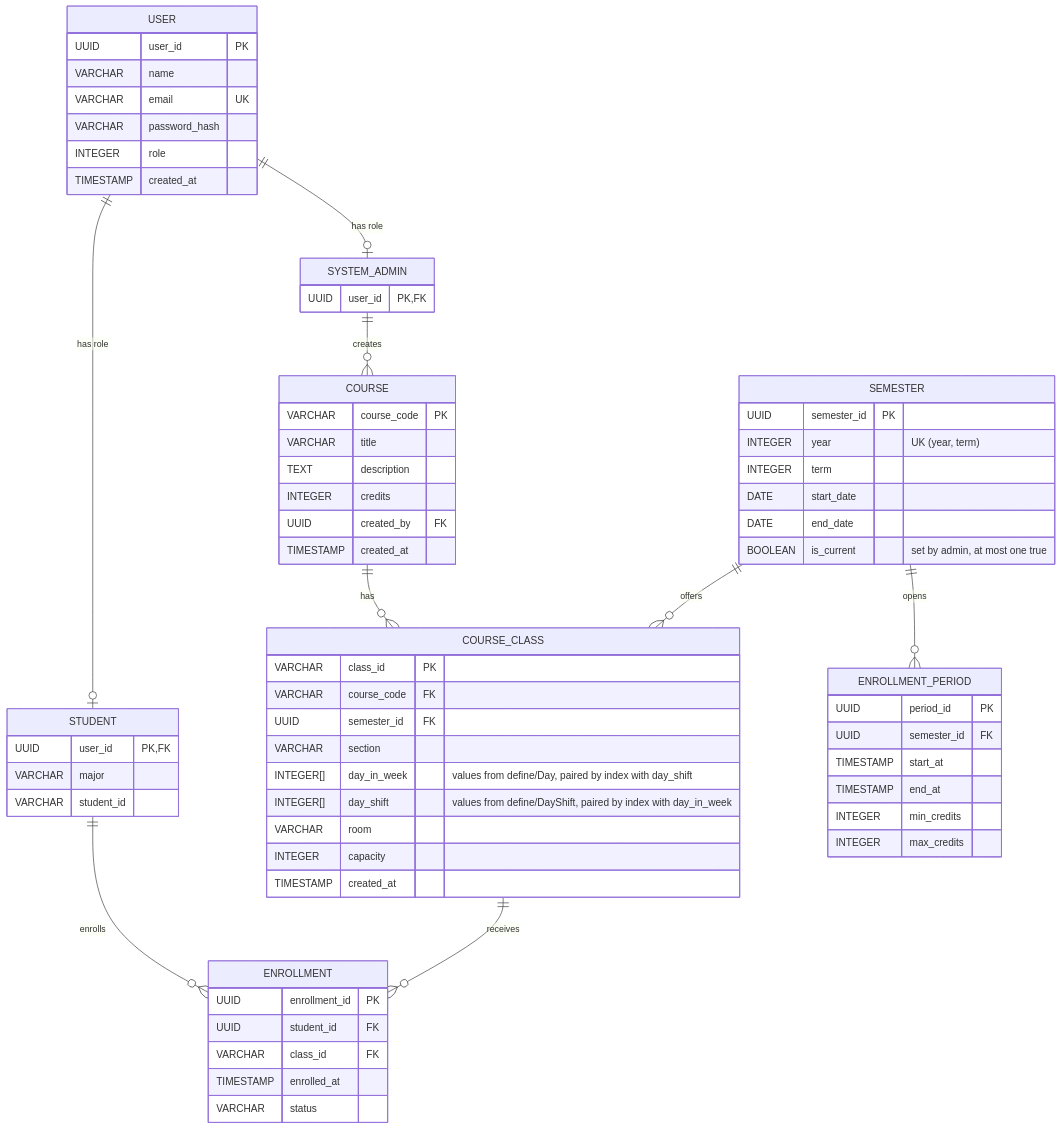
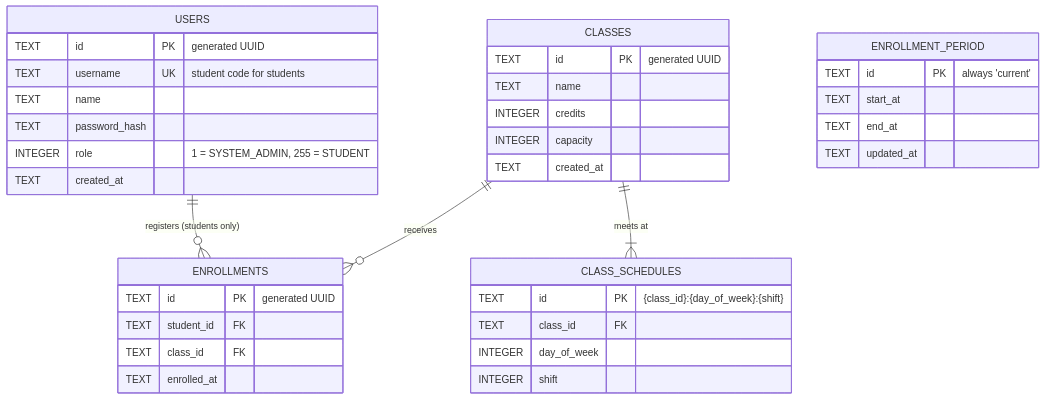
One commit to cnf166/course-registration-system changed the diagram in docs/specs/db_schema.md. Above: the diagram before and after it, drawn with Mermaid. The commit also changed other lines of this file, not shown here.

First line of the commit message:
docs(db): rewrite schema for SQLite MVP

````diff
--- a/docs/specs/db_schema.md
+++ b/docs/specs/db_schema.md
@@ -3,80 +40,44 @@
 ```mermaid
 erDiagram
-    USER ||--o| SYSTEM_ADMIN : "has role"
-    USER ||--o| STUDENT : "has role"
+    USERS ||--o{ ENROLLMENTS : "registers (students only)"
+    CLASSES ||--o{ ENROLLMENTS : receives
+    CLASSES ||--|{ CLASS_SCHEDULES : "meets at"
 
-    SYSTEM_ADMIN ||--o{ COURSE : creates
-    COURSE ||--o{ COURSE_CLASS : has
-
-    SEMESTER ||--o{ COURSE_CLASS : offers
-    SEMESTER ||--o{ ENROLLMENT_PERIOD : opens
-
-    STUDENT ||--o{ ENROLLMENT : enrolls
-    COURSE_CLASS ||--o{ ENROLLMENT : receives
-
-    USER {
-        UUID user_id PK
-        VARCHAR name
-        VARCHAR email UK
-        VARCHAR password_hash
-        INTEGER role
-        TIMESTAMP created_at
+    USERS {
+        TEXT id PK "generated UUID"
+        TEXT username UK "student code for students"
+        TEXT name
+        TEXT password_hash
+        INTEGER role "1 = SYSTEM_ADMIN, 255 = STUDENT"
+        TEXT created_at
     }
 
-    SYSTEM_ADMIN {
-        UUID user_id PK, FK
+    CLASSES {
+        TEXT id PK "generated UUID"
+        TEXT name
+        INTEGER credits
+        INTEGER capacity
+        TEXT created_at
     }
 
-    STUDENT {
-        UUID user_id PK, FK
-        VARCHAR major
-        VARCHAR student_id
-    }
-
-    COURSE {
-        VARCHAR course_code PK
-        VARCHAR title
-        TEXT description
-        INTEGER credits
-        UUID created_by FK
-        TIMESTAMP created_at
-    }
-
-    COURSE_CLASS {
-        VARCHAR class_id PK
-        VARCHAR course_code FK
-        UUID semester_id FK
-        VARCHAR section
-        INTEGER[] day_in_week "values from define/Day, paired by index with day_shift"
-        INTEGER[] day_shift "values from define/DayShift, paired by index with day_in_week"
-        VARCHAR room
-        INTEGER capacity
-        TIMESTAMP created_at
-    }
-
-    SEMESTER {
-        UUID semester_id PK
-        INTEGER year "UK (year, term)"
-        INTEGER term
-        DATE start_date
-        DATE end_date
-        BOOLEAN is_current "set by admin, at most one true"
+    CLASS_SCHEDULES {
+        TEXT id PK "{class_id}:{day_of_week}:{shift}"
+        TEXT class_id FK
+        INTEGER day_of_week
+        INTEGER shift
     }
 
     ENROLLMENT_PERIOD {
-        UUID period_id PK
-        UUID semester_id FK
-        TIMESTAMP start_at
-        TIMESTAMP end_at
-        INTEGER min_credits
-        INTEGER max_credits
+        TEXT id PK "always 'current'"
+        TEXT start_at
+        TEXT end_at
+        TEXT updated_at
     }
 
-    ENROLLMENT {
-        UUID enrollment_id PK
-        UUID student_id FK
-        VARCHAR class_id FK
-        TIMESTAMP enrolled_at
-        VARCHAR status
+    ENROLLMENTS {
+        TEXT id PK "generated UUID"
+        TEXT student_id FK
+        TEXT class_id FK
+        TEXT enrolled_at
     }
 ```
````
